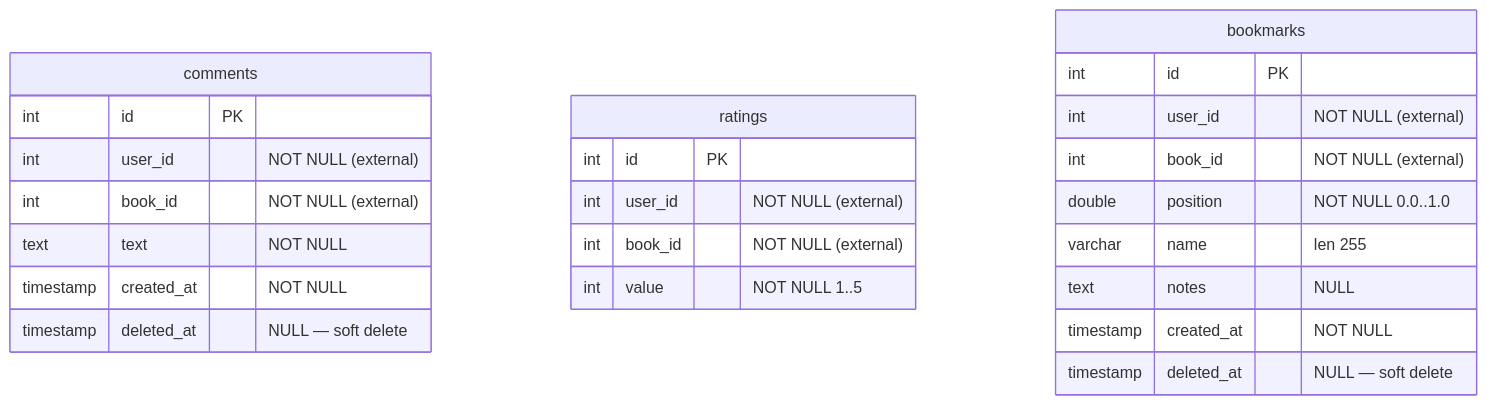
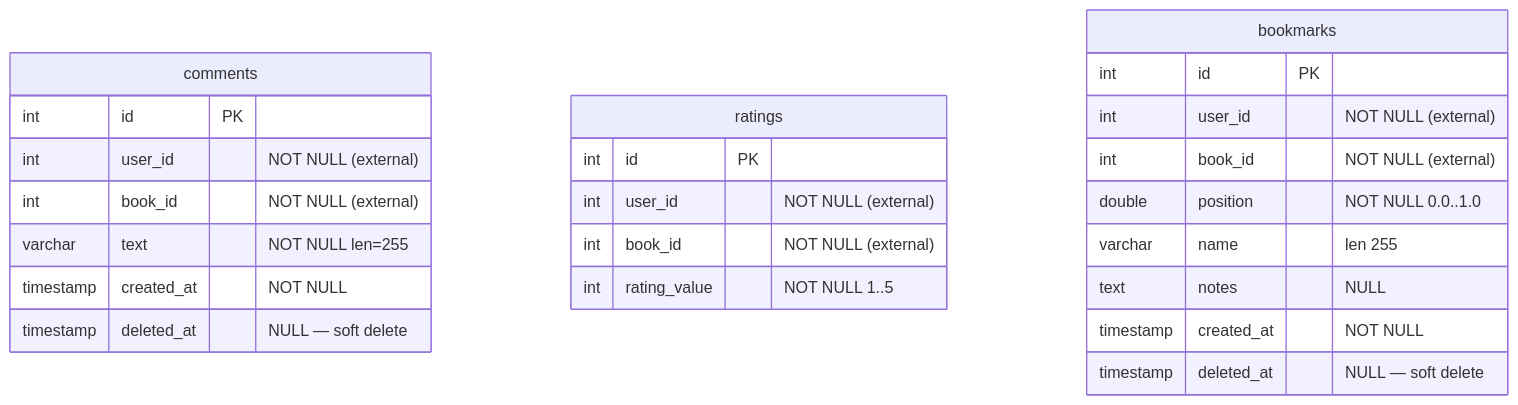
One commit to Pavel-Skibin/DigitalLibrary changed the third of 5 diagrams in docs/DATABASE.md. Above: the diagram before and after it, drawn with Mermaid. The commit also changed other lines of this file and 21 other files, not shown here.

````diff
--- a/docs/DATABASE.md
+++ b/docs/DATABASE.md
@@ -102,27 +122,27 @@
 ```mermaid
 erDiagram
     comments {
         int id PK
         int user_id "NOT NULL (external)"
         int book_id "NOT NULL (external)"
-        text text "NOT NULL"
+        varchar text "NOT NULL len=255"
         timestamp created_at "NOT NULL"
         timestamp deleted_at "NULL — soft delete"
     }
     ratings {
         int id PK
         int user_id "NOT NULL (external)"
         int book_id "NOT NULL (external)"
-        int value "NOT NULL 1..5"
+        int rating_value "NOT NULL 1..5"
     }
     bookmarks {
         int id PK
         int user_id "NOT NULL (external)"
         int book_id "NOT NULL (external)"
         double position "NOT NULL 0.0..1.0"
         varchar name "len 255"
         text notes "NULL"
         timestamp created_at "NOT NULL"
         timestamp deleted_at "NULL — soft delete"
     }
 ```
````
